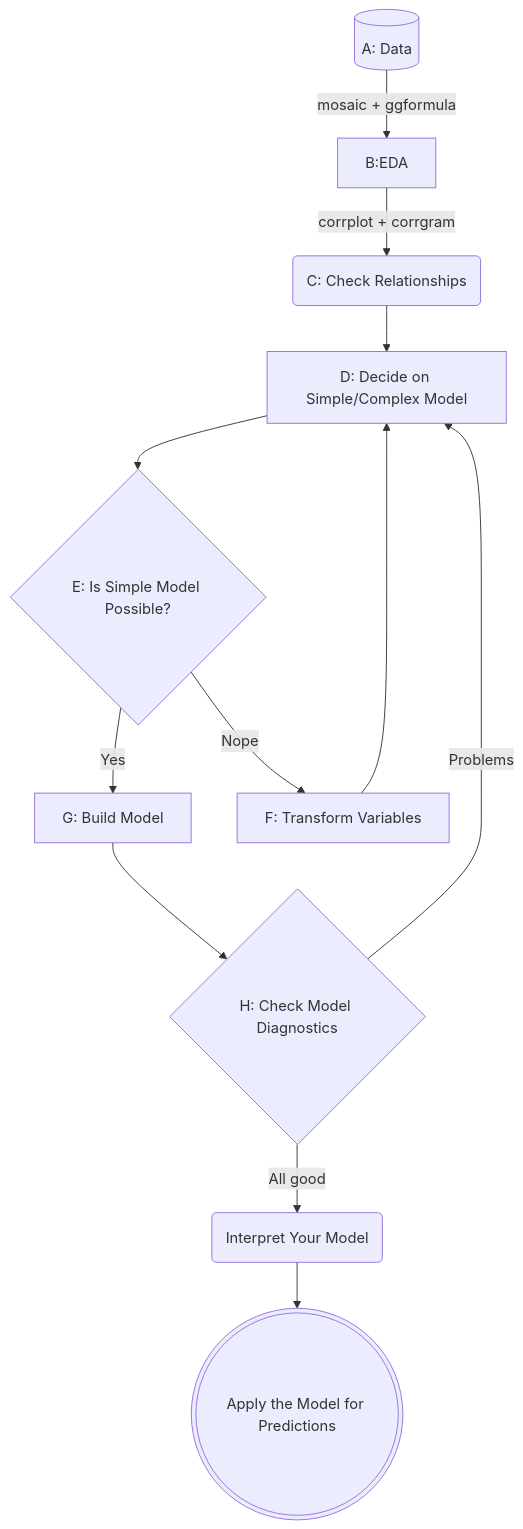
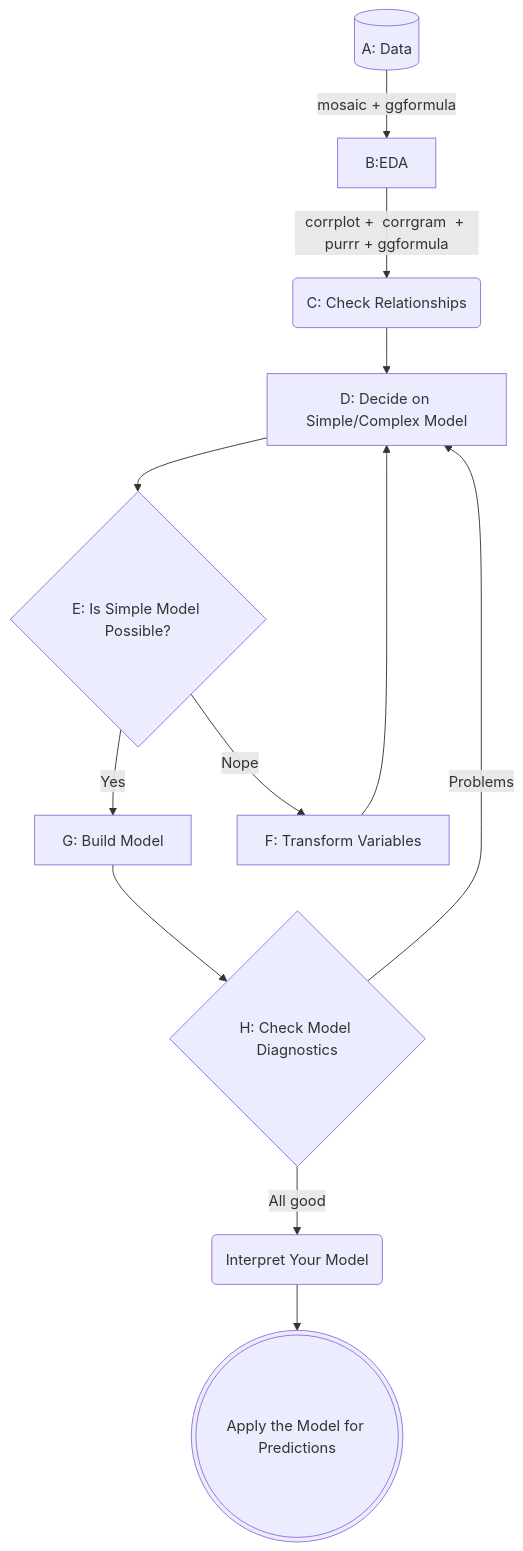
One commit to arvindvenkatadri/teachingtriz changed the diagram in content/courses/Analytics/Modelling/Modules/LinReg/LinReg.qmd. Above: the diagram before and after it, drawn with Mermaid. The commit also changed other lines of this file and 563 other files, not shown here.

````diff
--- a/content/courses/Analytics/Modelling/Modules/LinReg/LinReg.qmd
+++ b/content/courses/Analytics/Modelling/Modules/LinReg/LinReg.qmd
@@ -853,15 +865,15 @@
 ```{mermaid}
 %%| echo: false
 flowchart TD
-    A[(A: Data)] -->|mosaic + ggformula|B[B:EDA] 
-    B --> |corrplot + corrgram| C(C: Check Relationships)
+    A[(A: Data)] -->|mosaic  +  ggformula|B[B:EDA] 
+    B --> |corrplot +  corrgram  + purrr + ggformula| C(C: Check Relationships)
     C --> D[D: Decide on Simple/Complex Model]
     D --> E{E: Is Simple Model Possible?}
     E --> |Yes| G[G: Build Model]
     E -->|Nope| F[F: Transform Variables]
     F --> D
     G --> H{H: Check Model Diagnostics}
     H --> |Problems| D
-    H --> |All good| I(Interpret Your Model)
+    H --> |All   good| I(Interpret Your Model)
     I --> J(((Apply the Model for Predictions)))
 ```
````
